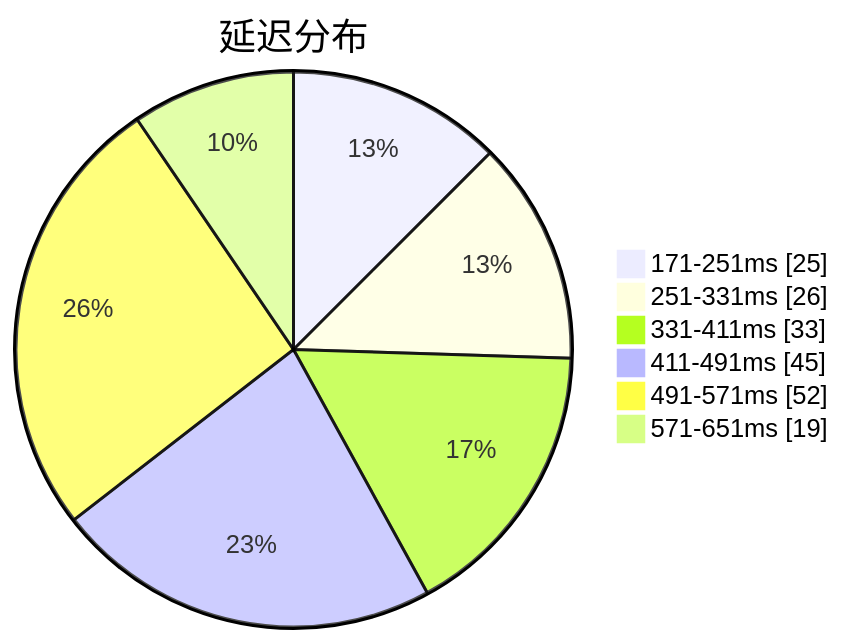
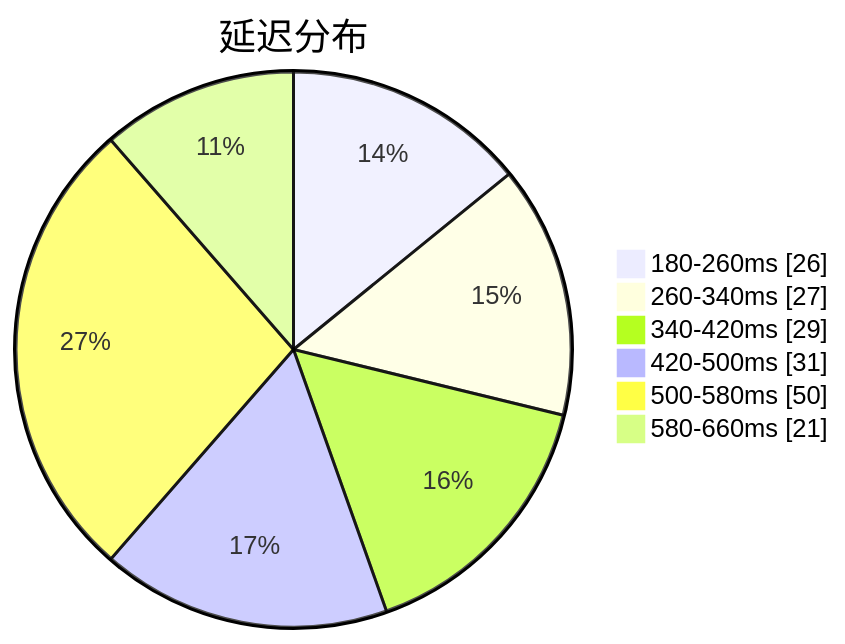
The first of 3 diagrams in subs/statistics/tested_within.md (qjlxg/airport), drawn with Mermaid before and after one commit. The commit also changed other lines of this file and 2 other files, not shown here.

````diff
--- a/subs/statistics/tested_within.md
+++ b/subs/statistics/tested_within.md
@@ -2,10 +2,10 @@
 ```mermaid
 pie showData
 title 延迟分布
-"171-251ms" : 25
-"251-331ms" : 26
-"331-411ms" : 33
-"411-491ms" : 45
-"491-571ms" : 52
-"571-651ms" : 19
+"180-260ms" : 26
+"260-340ms" : 27
+"340-420ms" : 29
+"420-500ms" : 31
+"500-580ms" : 50
+"580-660ms" : 21
 ```
````
